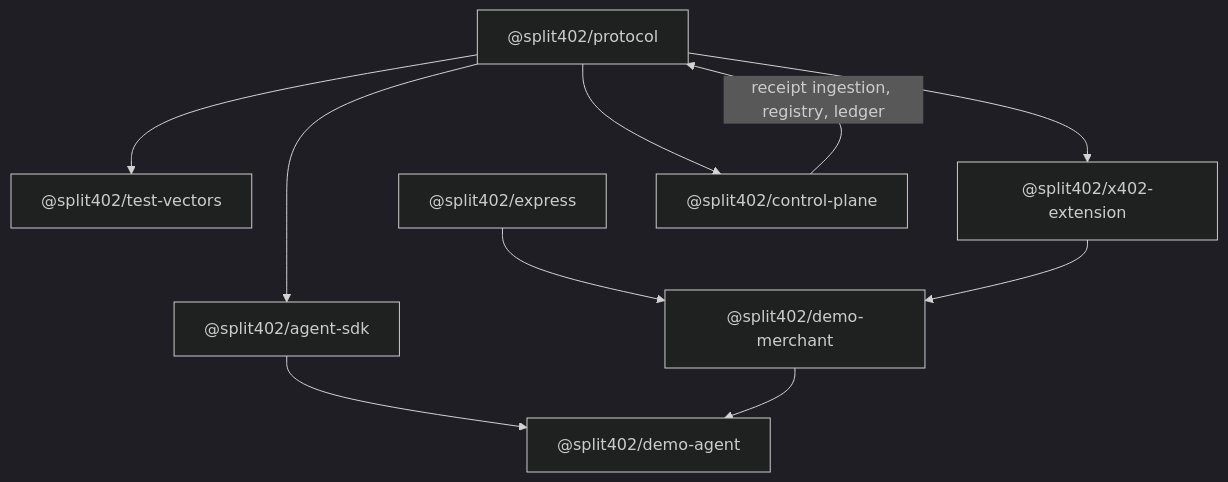
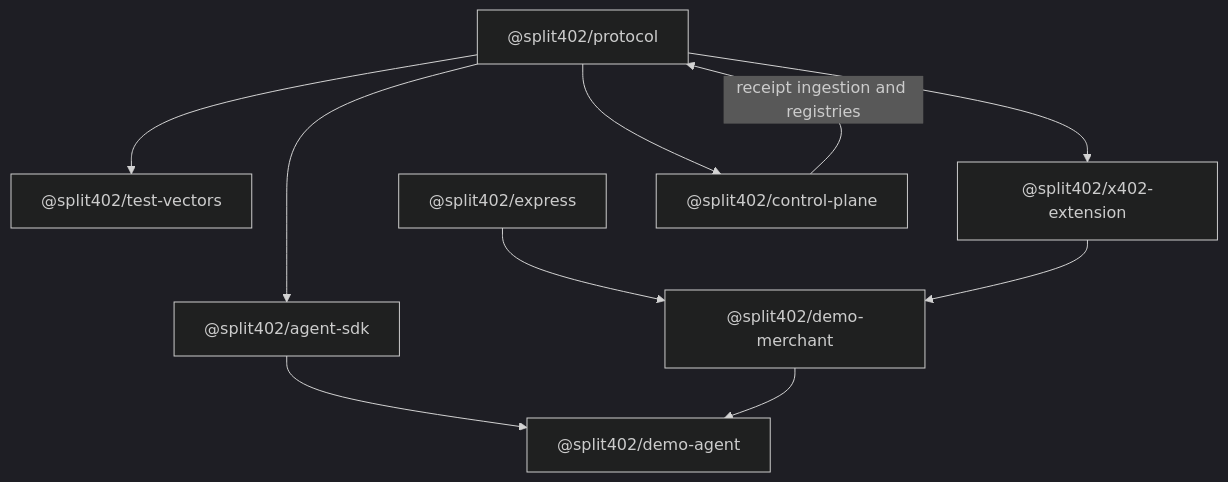
One commit to split402protocol/splitx402 changed the fourth of 5 diagrams in README.md. Above: the diagram before and after it, drawn with Mermaid (dark theme). The commit also changed other lines of this file and 10 other files, not shown here.

````diff
--- a/README.md
+++ b/README.md
@@ -97,21 +109,21 @@
 ```mermaid
 flowchart TB
   Protocol["@split402/protocol"]
   Vectors["@split402/test-vectors"]
   Extension["@split402/x402-extension"]
   Express["@split402/express"]
   Agent["@split402/agent-sdk"]
   Merchant["@split402/demo-merchant"]
   DemoAgent["@split402/demo-agent"]
   Control["@split402/control-plane"]
 
   Protocol --> Vectors
   Protocol --> Extension
   Protocol --> Agent
   Protocol --> Control
   Express --> Merchant
   Extension --> Merchant
   Agent --> DemoAgent
   Merchant --> DemoAgent
-  Control -->|"receipt ingestion, registry, ledger"| Protocol
+  Control -->|"receipt ingestion and registries"| Protocol
 ```
````
